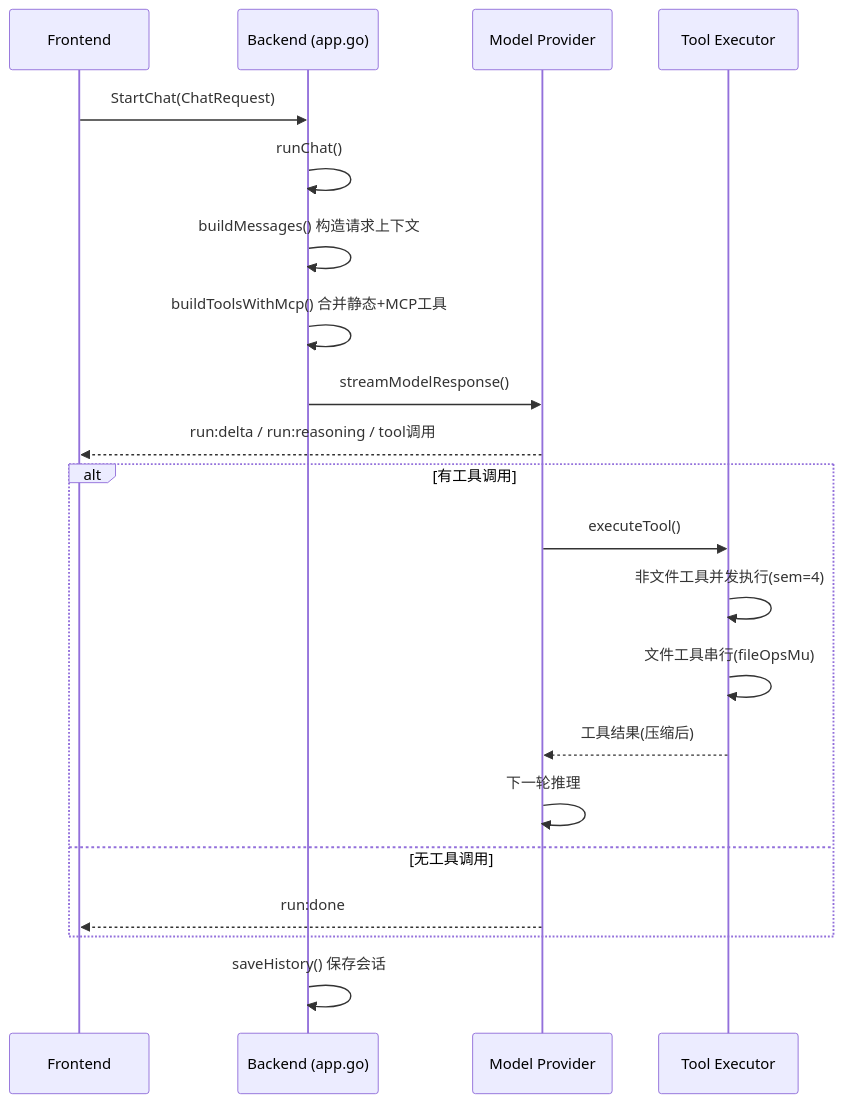
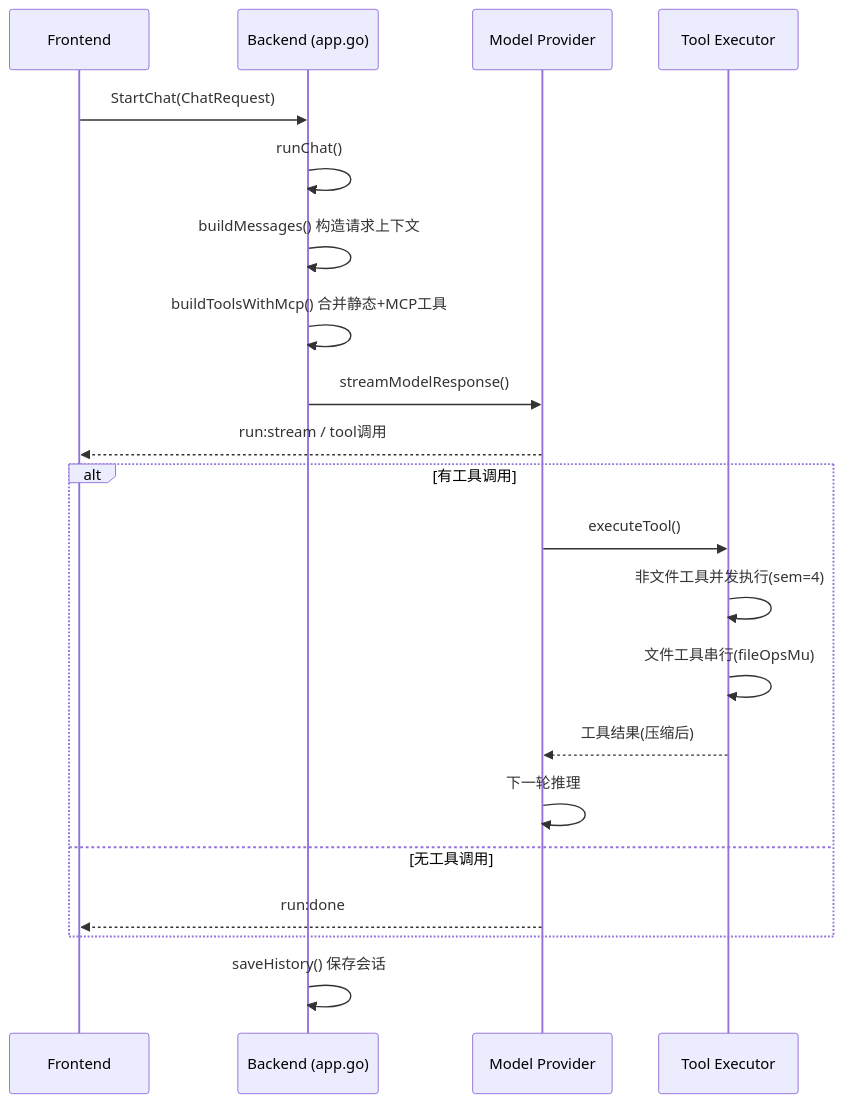
Before and after one commit to Bronya0/ally-agent: the second of 5 diagrams in CODEGRAPH.md, drawn with Mermaid. The commit also changed other lines of this file and 3 other files, not shown here.

````diff
--- a/CODEGRAPH.md
+++ b/CODEGRAPH.md
@@ -71,24 +71,24 @@
 ```mermaid
 sequenceDiagram
     participant F as Frontend
     participant B as Backend (app.go)
     participant M as Model Provider
     participant T as Tool Executor
 
     F->>B: StartChat(ChatRequest)
     B->>B: runChat()
     B->>B: buildMessages() 构造请求上下文
     B->>B: buildToolsWithMcp() 合并静态+MCP工具
     B->>M: streamModelResponse()
-    M-->>F: run:delta / run:reasoning / tool调用
+    M-->>F: run:stream / tool调用
     alt 有工具调用
         M->>T: executeTool()
         T->>T: 非文件工具并发执行(sem=4)
         T->>T: 文件工具串行(fileOpsMu)
         T-->>M: 工具结果(压缩后)
         M->>M: 下一轮推理
     else 无工具调用
         M-->>F: run:done
     end
     B->>B: saveHistory() 保存会话
 ```
````
